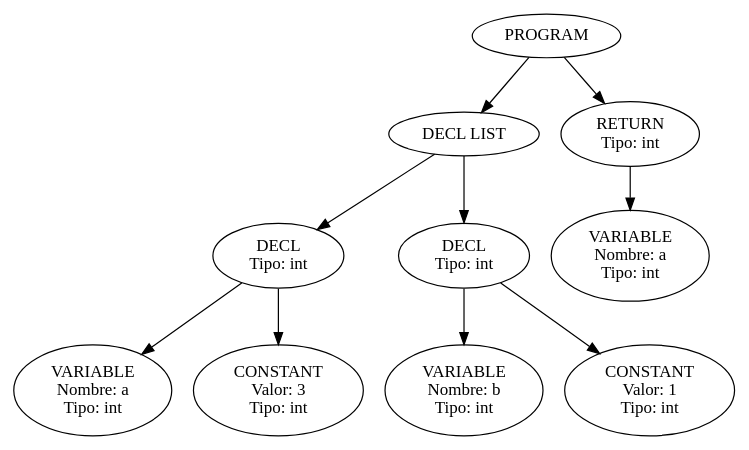
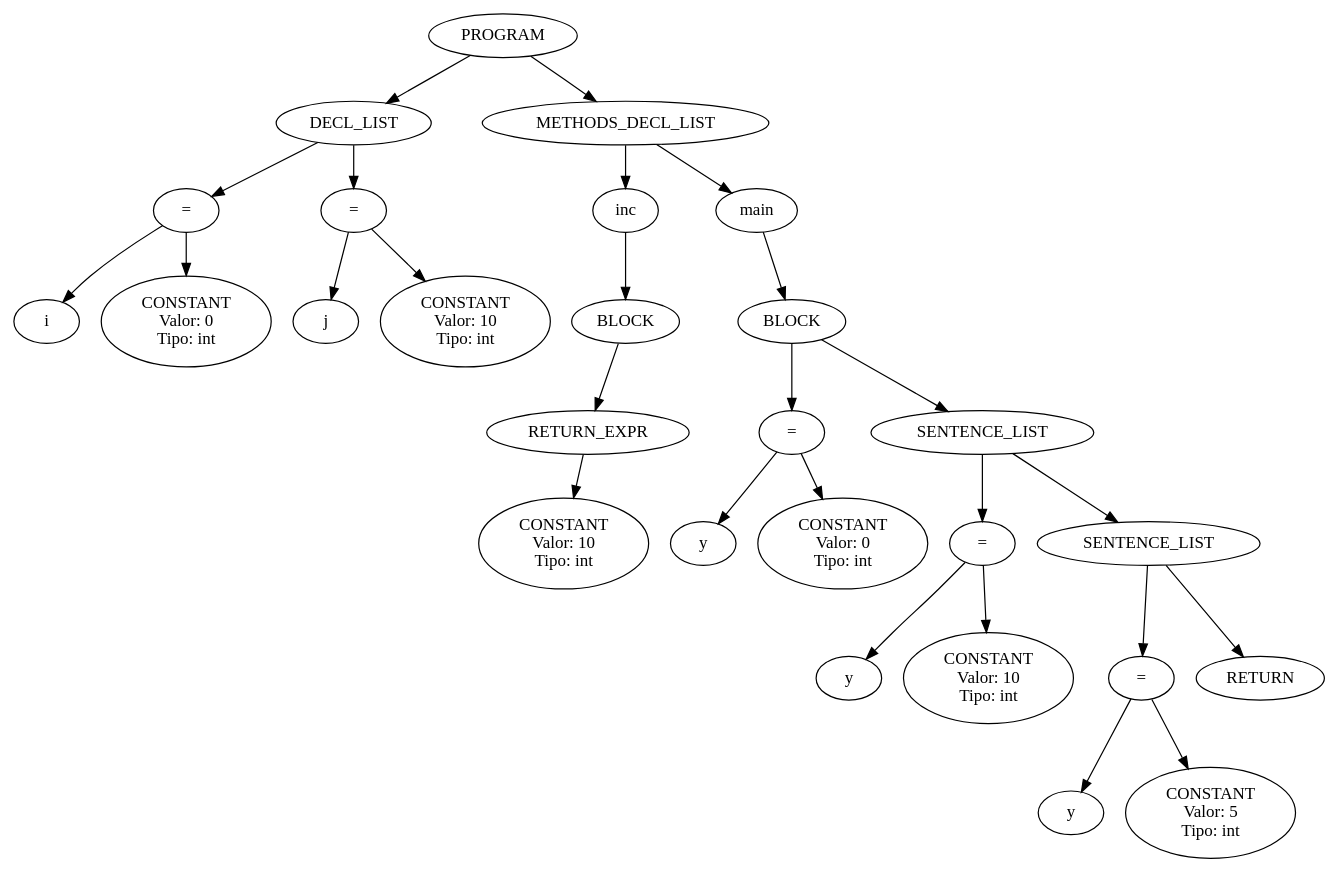
Before and after one commit to LucioMansilla/loopi_compiler: the diagram in ast.dot, drawn with Graphviz. The commit also changed 14 other files, not shown here.

```diff
--- a/ast.dot
+++ b/ast.dot
@@ -1,21 +1,55 @@
 digraph AST {
   0 [label="PROGRAM"];
-  1 [label="DECL LIST"];
-  2 [label="DECL\nTipo: int"];
-  3 [label="VARIABLE\nNombre: a\nTipo: int"];
+  1 [label="DECL_LIST"];
+  2 [label="="];
+  3 [label="i"];
   2 -> 3;
-  4 [label="CONSTANT\nValor: 3\nTipo: int"];
+  4 [label="CONSTANT\nValor: 0\nTipo: int"];
   2 -> 4;
   1 -> 2;
-  5 [label="DECL\nTipo: int"];
-  6 [label="VARIABLE\nNombre: b\nTipo: int"];
+  5 [label="="];
+  6 [label="j"];
   5 -> 6;
-  7 [label="CONSTANT\nValor: 1\nTipo: int"];
+  7 [label="CONSTANT\nValor: 10\nTipo: int"];
   5 -> 7;
   1 -> 5;
   0 -> 1;
-  8 [label="RETURN\nTipo: int"];
-  9 [label="VARIABLE\nNombre: a\nTipo: int"];
+  8 [label="METHODS_DECL_LIST"];
+  9 [label="inc"];
+  10 [label="BLOCK"];
+  11 [label="RETURN_EXPR"];
+  12 [label="CONSTANT\nValor: 10\nTipo: int"];
+  11 -> 12;
+  10 -> 11;
+  9 -> 10;
   8 -> 9;
+  13 [label="main"];
+  14 [label="BLOCK"];
+  15 [label="="];
+  16 [label="y"];
+  15 -> 16;
+  17 [label="CONSTANT\nValor: 0\nTipo: int"];
+  15 -> 17;
+  14 -> 15;
+  18 [label="SENTENCE_LIST"];
+  19 [label="="];
+  20 [label="y"];
+  19 -> 20;
+  21 [label="CONSTANT\nValor: 10\nTipo: int"];
+  19 -> 21;
+  18 -> 19;
+  22 [label="SENTENCE_LIST"];
+  23 [label="="];
+  24 [label="y"];
+  23 -> 24;
+  25 [label="CONSTANT\nValor: 5\nTipo: int"];
+  23 -> 25;
+  22 -> 23;
+  26 [label="RETURN"];
+  22 -> 26;
+  18 -> 22;
+  14 -> 18;
+  13 -> 14;
+  8 -> 13;
   0 -> 8;
 }
```
